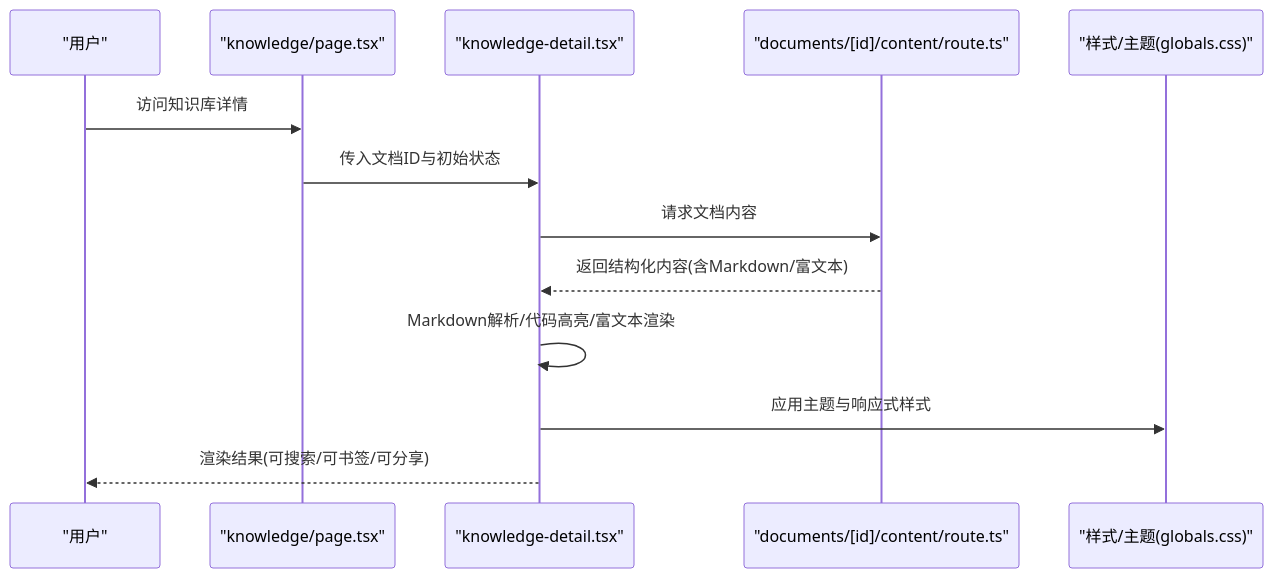
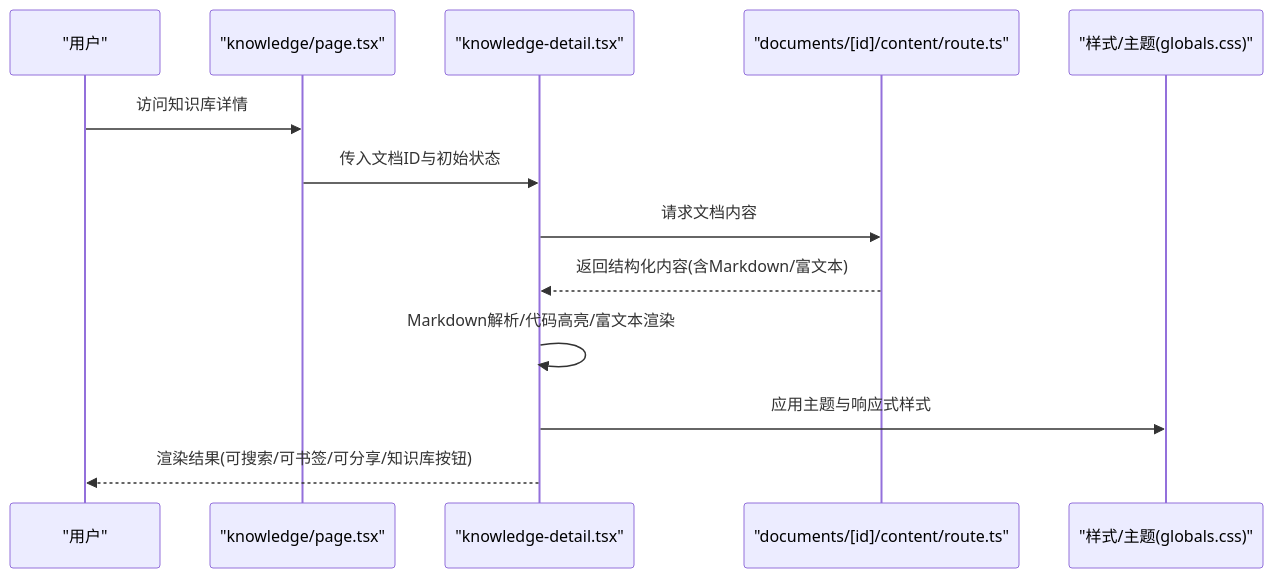
One commit to wangzihao64/RAG_Front changed the second of 4 diagrams in .qoder/repowiki/zh/content/知识库管理/知识库详情组件.md. Above: the diagram before and after it, drawn with Mermaid. The commit also changed other lines of this file and 29 other files, not shown here.

````diff
--- a/.qoder/repowiki/zh/content/知识库管理/知识库详情组件.md
+++ b/.qoder/repowiki/zh/content/知识库管理/知识库详情组件.md
@@ -113,15 +115,15 @@
 ```mermaid
 sequenceDiagram
 participant U as "用户"
 participant P as "knowledge/page.tsx"
 participant D as "knowledge-detail.tsx"
 participant A as "documents/[id]/content/route.ts"
 participant S as "样式/主题(globals.css)"
 U->>P : 访问知识库详情
 P->>D : 传入文档ID与初始状态
 D->>A : 请求文档内容
 A-->>D : 返回结构化内容(含Markdown/富文本)
 D->>D : Markdown解析/代码高亮/富文本渲染
 D->>S : 应用主题与响应式样式
-D-->>U : 渲染结果(可搜索/可书签/可分享)
+D-->>U : 渲染结果(可搜索/可书签/可分享/知识库按钮)
 ```
````
